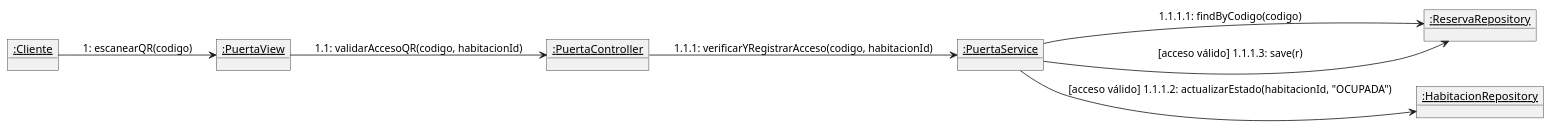
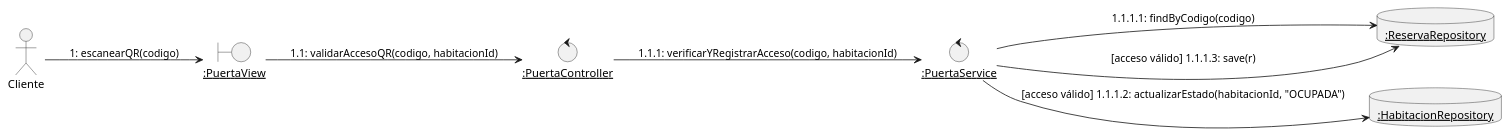
Before and after one commit to Tsmrain/GestionSistemas: diagram 24 of 36 in RefactorV4.md, drawn with PlantUML. The commit also changed other lines of this file, not shown here.

Commit message:
refactor: standardize plantuml diagrams using boundary, control, entity, and database stereotypes

````diff
--- a/RefactorV4.md
+++ b/RefactorV4.md
@@ -1196,18 +1196,18 @@
 ```plantuml
 @startuml
 left to right direction
-object "<u>:Cliente</u>" as Cliente
-object "<u>:PuertaView</u>" as View
-object "<u>:PuertaController</u>" as Ctrl
-object "<u>:PuertaService</u>" as Serv
-object "<u>:ReservaRepository</u>" as ResRepo
-object "<u>:HabitacionRepository</u>" as HabRepo
+actor Cliente
+boundary "<u>:PuertaView</u>" as View
+control "<u>:PuertaController</u>" as Ctrl
+control "<u>:PuertaService</u>" as Serv
+database "<u>:ReservaRepository</u>" as ResRepo
+database "<u>:HabitacionRepository</u>" as HabRepo
 
 Cliente --> View : 1: escanearQR(codigo)
 View --> Ctrl : 1.1: validarAccesoQR(codigo, habitacionId)
 Ctrl --> Serv : 1.1.1: verificarYRegistrarAcceso(codigo, habitacionId)
 Serv --> ResRepo : 1.1.1.1: findByCodigo(codigo)
 Serv --> HabRepo : [acceso válido] 1.1.1.2: actualizarEstado(habitacionId, "OCUPADA")
 Serv --> ResRepo : [acceso válido] 1.1.1.3: save(r)
 @enduml
 ```
````
